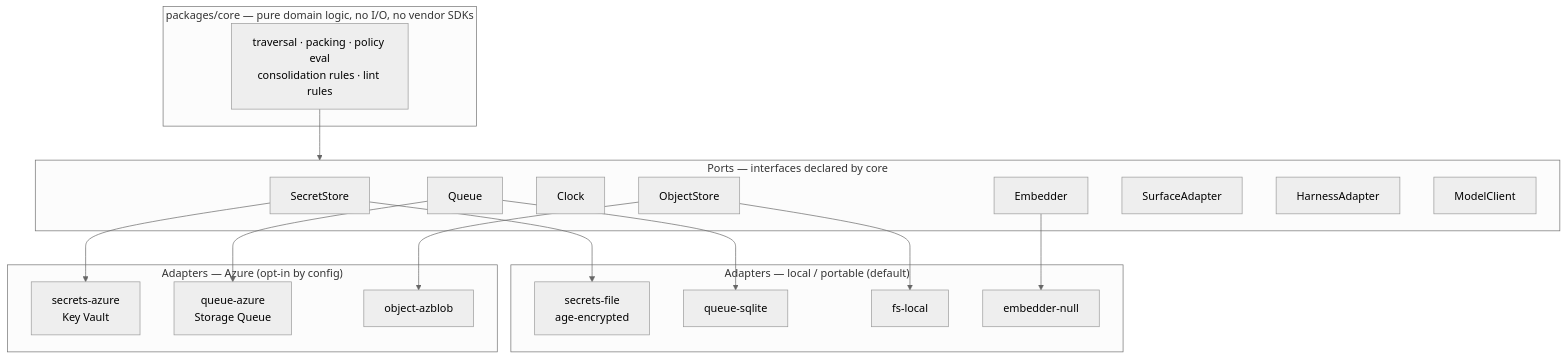
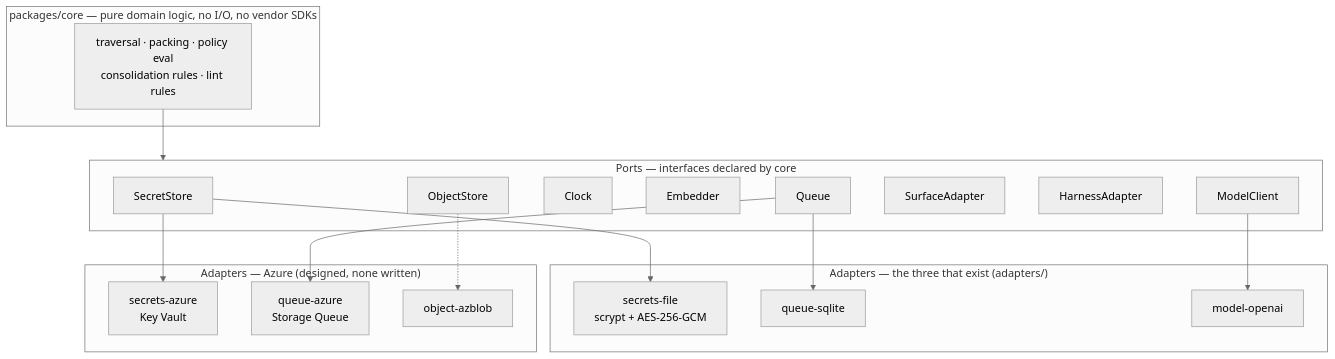
Before and after one commit to mars-flat/brain: the first of 2 diagrams in architecture/03-deployment.md, drawn with Mermaid (neutral theme). The commit also changed other lines of this file and 23 other files, not shown here.

````diff
--- a/architecture/03-deployment.md
+++ b/architecture/03-deployment.md
@@ -9,36 +9,35 @@
 ```mermaid
 flowchart TB
     subgraph Core["packages/core — pure domain logic, no I/O, no vendor SDKs"]
         DOM["traversal · packing · policy eval<br/>consolidation rules · lint rules"]
     end
 
     subgraph Ports["Ports — interfaces declared by core"]
         P1["SecretStore"]
         P2["Queue"]
         P3["Clock"]
         P4["Embedder"]
         P5["ObjectStore"]
         P6["SurfaceAdapter"]
         P7["HarnessAdapter"]
         P8["ModelClient"]
     end
 
-    subgraph Local["Adapters — local / portable (default)"]
-        A1["secrets-file<br/>age-encrypted"]
+    subgraph Local["Adapters — the three that exist (adapters/)"]
+        A1["secrets-file<br/>scrypt + AES-256-GCM"]
         A2["queue-sqlite"]
-        A5["fs-local"]
-        A4["embedder-null"]
+        A3["model-openai"]
     end
 
-    subgraph AZ["Adapters — Azure (opt-in by config)"]
+    subgraph AZ["Adapters — Azure (designed, none written)"]
         B1["secrets-azure<br/>Key Vault"]
         B2["queue-azure<br/>Storage Queue"]
         B5["object-azblob"]
     end
 
     DOM --> Ports
     P1 --> A1 & B1
     P2 --> A2 & B2
-    P5 --> A5 & B5
-    P4 --> A4
+    P8 --> A3
+    P5 -.-> B5
 ```
````
